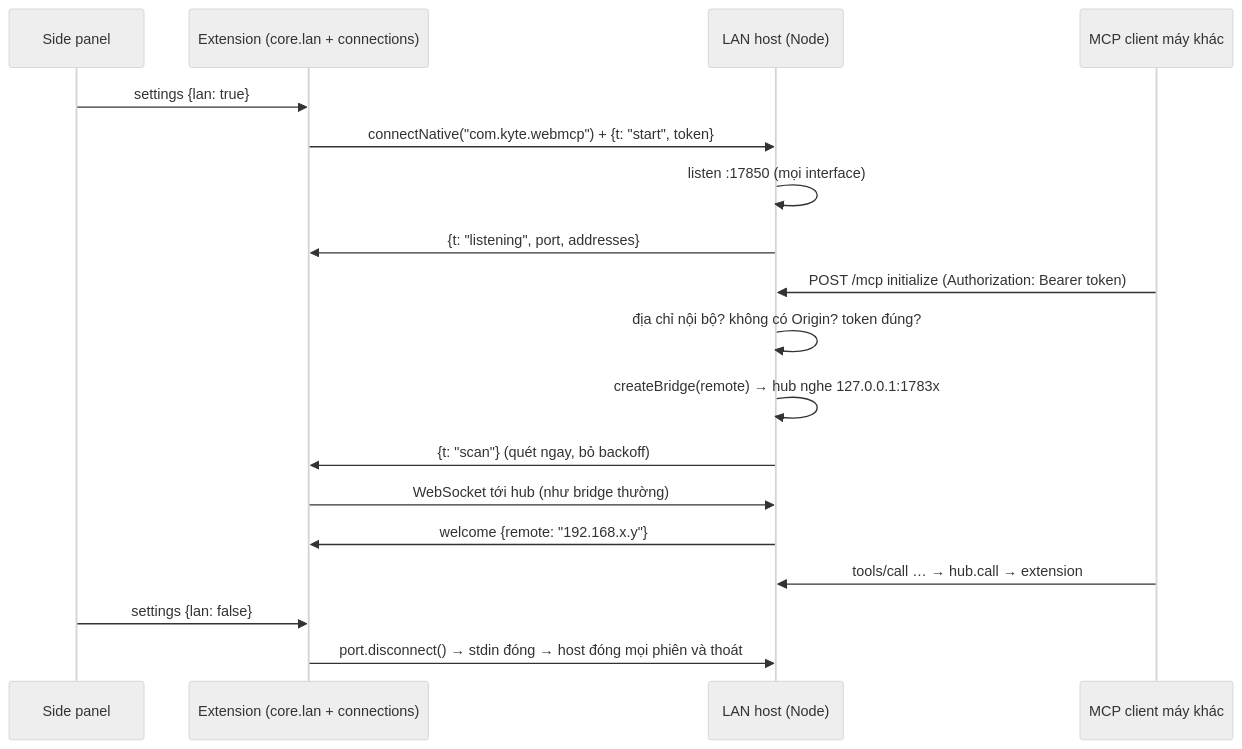
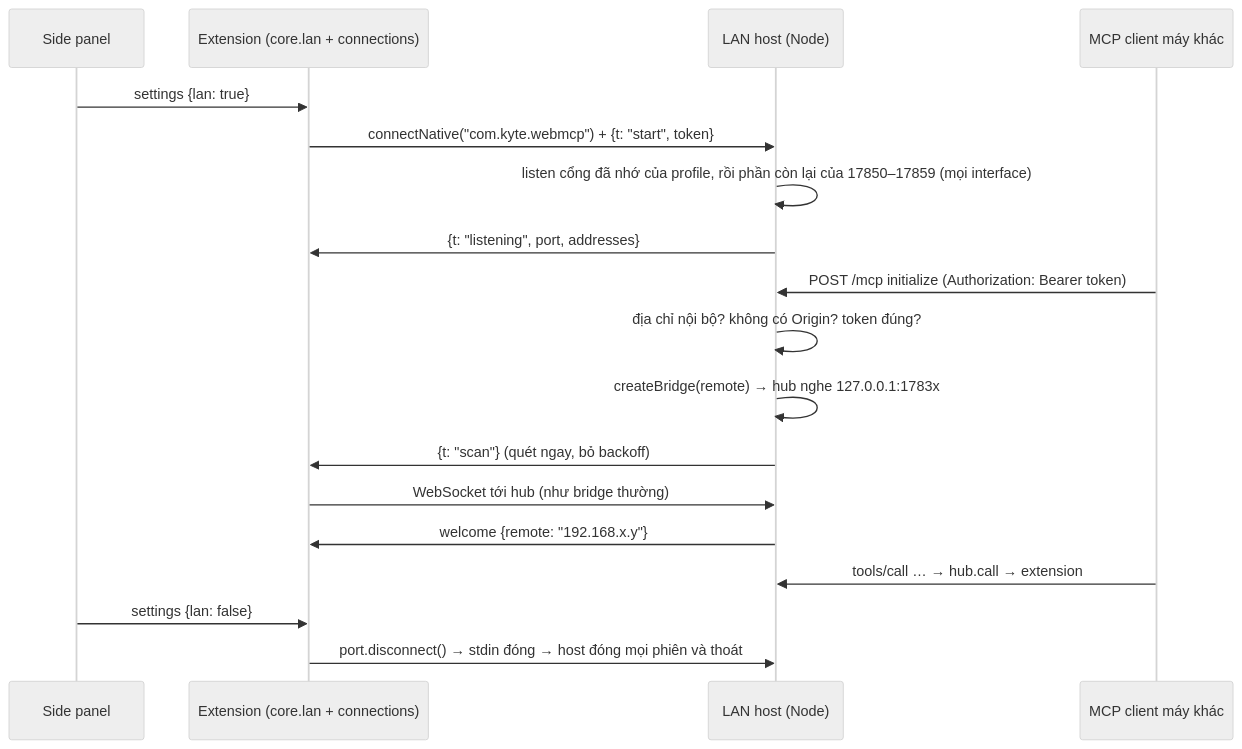
One commit to shibeedev/kyte-webmcp changed the third of 4 diagrams in architecture.md. Above: the diagram before and after it, drawn with Mermaid (neutral theme). The commit also changed other lines of this file and 23 other files, not shown here.

````diff
--- a/architecture.md
+++ b/architecture.md
@@ -195,20 +197,20 @@
 ```mermaid
 sequenceDiagram
     participant U as Side panel
     participant E as Extension (core.lan + connections)
     participant H as LAN host (Node)
     participant R as MCP client máy khác
     U->>E: settings {lan: true}
     E->>H: connectNative("com.kyte.webmcp") + {t: "start", token}
-    H->>H: listen :17850 (mọi interface)
+    H->>H: listen cổng đã nhớ của profile, rồi phần còn lại của 17850–17859 (mọi interface)
     H->>E: {t: "listening", port, addresses}
     R->>H: POST /mcp initialize (Authorization: Bearer token)
     H->>H: địa chỉ nội bộ? không có Origin? token đúng?
     H->>H: createBridge(remote) → hub nghe 127.0.0.1:1783x
     H->>E: {t: "scan"} (quét ngay, bỏ backoff)
     E->>H: WebSocket tới hub (như bridge thường)
     H->>E: welcome {remote: "192.168.x.y"}
     R->>H: tools/call … → hub.call → extension
     U->>E: settings {lan: false}
     E->>H: port.disconnect() → stdin đóng → host đóng mọi phiên và thoát
 ```
````
